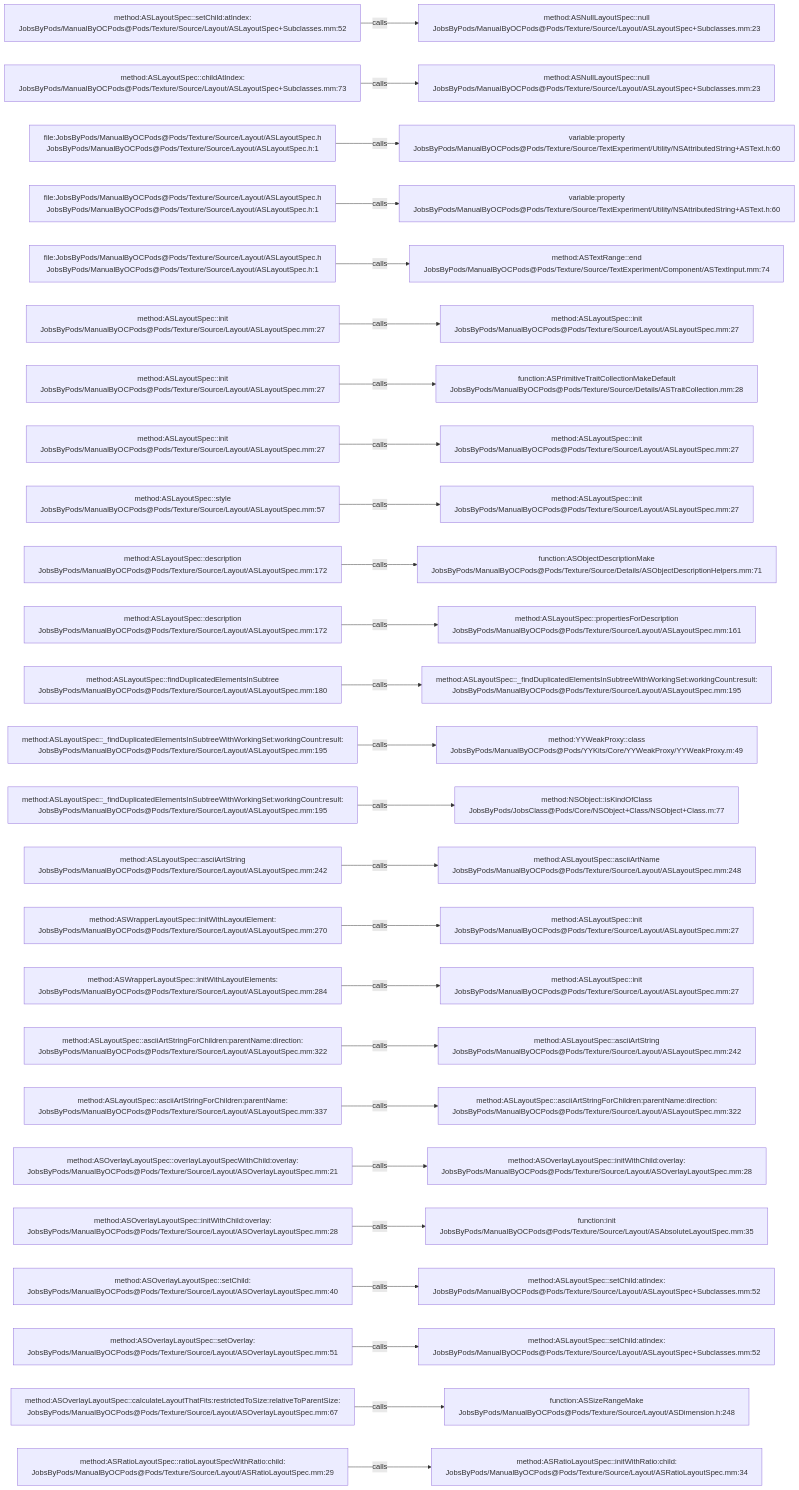
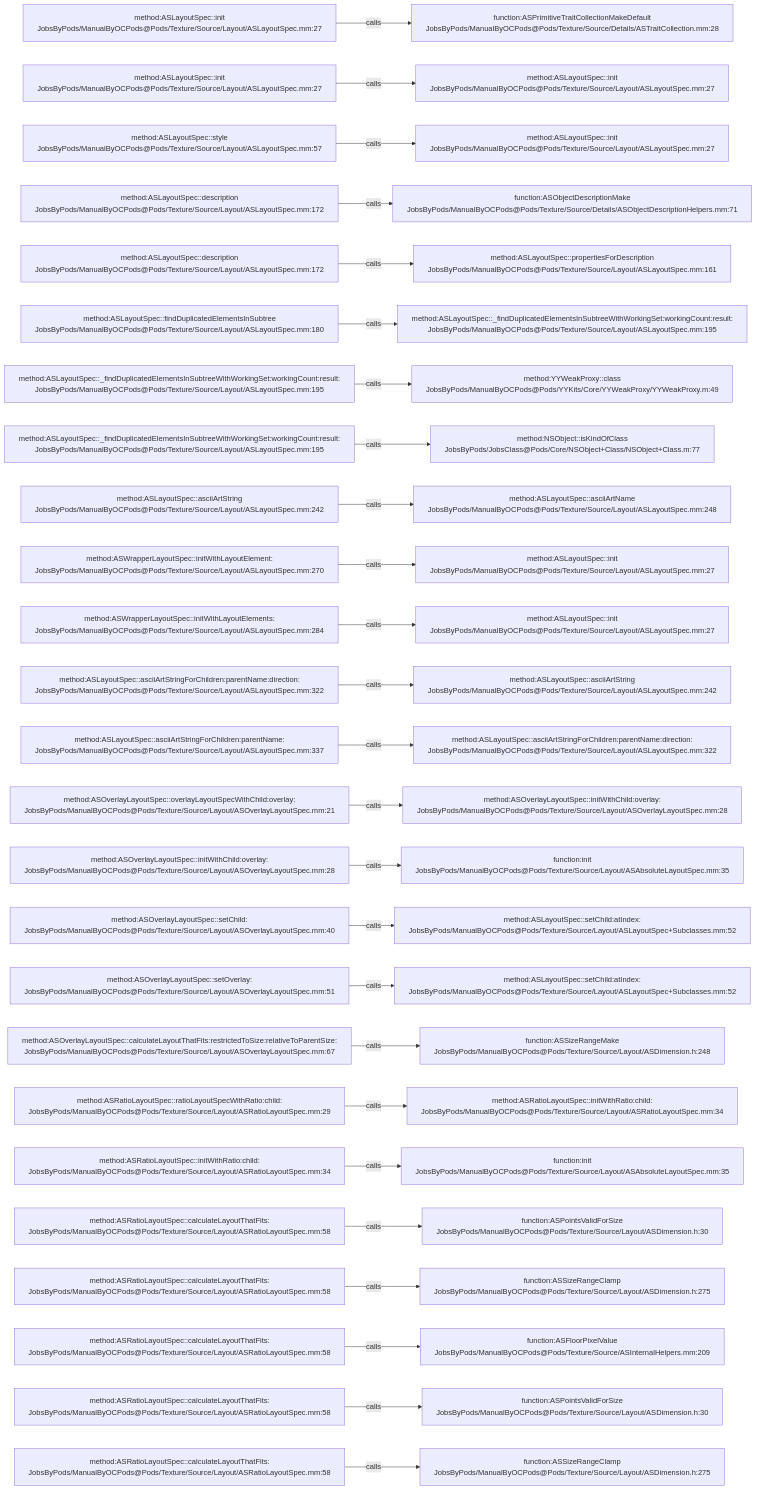
One commit to JobsKits/JobsOCBaseConfigDemo changed the diagram in .codegraph/codegraph.md/graphs/calls-173.md. Above: the diagram before and after it, drawn with Mermaid. The commit also changed 666 other files, not shown here.

````diff
--- a/.codegraph/codegraph.md/graphs/calls-173.md
+++ b/.codegraph/codegraph.md/graphs/calls-173.md
@@ -13,78 +13,78 @@
 ```mermaid
 flowchart LR
-  S1["method:ASLayoutSpec::setChild:atIndex:<br/>JobsByPods/ManualByOCPods@Pods/Texture/Source/Layout/ASLayoutSpec+Subclasses.mm:52"]
-  T1["method:ASNullLayoutSpec::null<br/>JobsByPods/ManualByOCPods@Pods/Texture/Source/Layout/ASLayoutSpec+Subclasses.mm:23"]
+  S1["method:ASLayoutSpec::init<br/>JobsByPods/ManualByOCPods@Pods/Texture/Source/Layout/ASLayoutSpec.mm:27"]
+  T1["function:ASPrimitiveTraitCollectionMakeDefault<br/>JobsByPods/ManualByOCPods@Pods/Texture/Source/Details/ASTraitCollection.mm:28"]
   S1 -->|calls| T1
-  S2["method:ASLayoutSpec::childAtIndex:<br/>JobsByPods/ManualByOCPods@Pods/Texture/Source/Layout/ASLayoutSpec+Subclasses.mm:73"]
-  T2["method:ASNullLayoutSpec::null<br/>JobsByPods/ManualByOCPods@Pods/Texture/Source/Layout/ASLayoutSpec+Subclasses.mm:23"]
+  S2["method:ASLayoutSpec::init<br/>JobsByPods/ManualByOCPods@Pods/Texture/Source/Layout/ASLayoutSpec.mm:27"]
+  T2["method:ASLayoutSpec::init<br/>JobsByPods/ManualByOCPods@Pods/Texture/Source/Layout/ASLayoutSpec.mm:27"]
   S2 -->|calls| T2
-  S3["file:JobsByPods/ManualByOCPods@Pods/Texture/Source/Layout/ASLayoutSpec.h<br/>JobsByPods/ManualByOCPods@Pods/Texture/Source/Layout/ASLayoutSpec.h:1"]
-  T3["variable:property<br/>JobsByPods/ManualByOCPods@Pods/Texture/Source/TextExperiment/Utility/NSAttributedString+ASText.h:60"]
+  S3["method:ASLayoutSpec::style<br/>JobsByPods/ManualByOCPods@Pods/Texture/Source/Layout/ASLayoutSpec.mm:57"]
+  T3["method:ASLayoutSpec::init<br/>JobsByPods/ManualByOCPods@Pods/Texture/Source/Layout/ASLayoutSpec.mm:27"]
   S3 -->|calls| T3
-  S4["file:JobsByPods/ManualByOCPods@Pods/Texture/Source/Layout/ASLayoutSpec.h<br/>JobsByPods/ManualByOCPods@Pods/Texture/Source/Layout/ASLayoutSpec.h:1"]
-  T4["variable:property<br/>JobsByPods/ManualByOCPods@Pods/Texture/Source/TextExperiment/Utility/NSAttributedString+ASText.h:60"]
+  S4["method:ASLayoutSpec::description<br/>JobsByPods/ManualByOCPods@Pods/Texture/Source/Layout/ASLayoutSpec.mm:172"]
+  T4["function:ASObjectDescriptionMake<br/>JobsByPods/ManualByOCPods@Pods/Texture/Source/Details/ASObjectDescriptionHelpers.mm:71"]
   S4 -->|calls| T4
-  S5["file:JobsByPods/ManualByOCPods@Pods/Texture/Source/Layout/ASLayoutSpec.h<br/>JobsByPods/ManualByOCPods@Pods/Texture/Source/Layout/ASLayoutSpec.h:1"]
-  T5["method:ASTextRange::end<br/>JobsByPods/ManualByOCPods@Pods/Texture/Source/TextExperiment/Component/ASTextInput.mm:74"]
+  S5["method:ASLayoutSpec::description<br/>JobsByPods/ManualByOCPods@Pods/Texture/Source/Layout/ASLayoutSpec.mm:172"]
+  T5["method:ASLayoutSpec::propertiesForDescription<br/>JobsByPods/ManualByOCPods@Pods/Texture/Source/Layout/ASLayoutSpec.mm:161"]
   S5 -->|calls| T5
-  S6["method:ASLayoutSpec::init<br/>JobsByPods/ManualByOCPods@Pods/Texture/Source/Layout/ASLayoutSpec.mm:27"]
-  T6["method:ASLayoutSpec::init<br/>JobsByPods/ManualByOCPods@Pods/Texture/Source/Layout/ASLayoutSpec.mm:27"]
+  S6["method:ASLayoutSpec::findDuplicatedElementsInSubtree<br/>JobsByPods/ManualByOCPods@Pods/Texture/Source/Layout/ASLayoutSpec.mm:180"]
+  T6["method:ASLayoutSpec::_findDuplicatedElementsInSubtreeWithWorkingSet:workingCount:result:<br/>JobsByPods/ManualByOCPods@Pods/Texture/Source/Layout/ASLayoutSpec.mm:195"]
   S6 -->|calls| T6
-  S7["method:ASLayoutSpec::init<br/>JobsByPods/ManualByOCPods@Pods/Texture/Source/Layout/ASLayoutSpec.mm:27"]
-  T7["function:ASPrimitiveTraitCollectionMakeDefault<br/>JobsByPods/ManualByOCPods@Pods/Texture/Source/Details/ASTraitCollection.mm:28"]
+  S7["method:ASLayoutSpec::_findDuplicatedElementsInSubtreeWithWorkingSet:workingCount:result:<br/>JobsByPods/ManualByOCPods@Pods/Texture/Source/Layout/ASLayoutSpec.mm:195"]
+  T7["method:YYWeakProxy::class<br/>JobsByPods/ManualByOCPods@Pods/YYKits/Core/YYWeakProxy/YYWeakProxy.m:49"]
   S7 -->|calls| T7
-  S8["method:ASLayoutSpec::init<br/>JobsByPods/ManualByOCPods@Pods/Texture/Source/Layout/ASLayoutSpec.mm:27"]
-  T8["method:ASLayoutSpec::init<br/>JobsByPods/ManualByOCPods@Pods/Texture/Source/Layout/ASLayoutSpec.mm:27"]
+  S8["method:ASLayoutSpec::_findDuplicatedElementsInSubtreeWithWorkingSet:workingCount:result:<br/>JobsByPods/ManualByOCPods@Pods/Texture/Source/Layout/ASLayoutSpec.mm:195"]
+  T8["method:NSObject::isKindOfClass<br/>JobsByPods/JobsClass@Pods/Core/NSObject+Class/NSObject+Class.m:77"]
   S8 -->|calls| T8
-  S9["method:ASLayoutSpec::style<br/>JobsByPods/ManualByOCPods@Pods/Texture/Source/Layout/ASLayoutSpec.mm:57"]
-  T9["method:ASLayoutSpec::init<br/>JobsByPods/ManualByOCPods@Pods/Texture/Source/Layout/ASLayoutSpec.mm:27"]
+  S9["method:ASLayoutSpec::asciiArtString<br/>JobsByPods/ManualByOCPods@Pods/Texture/Source/Layout/ASLayoutSpec.mm:242"]
+  T9["method:ASLayoutSpec::asciiArtName<br/>JobsByPods/ManualByOCPods@Pods/Texture/Source/Layout/ASLayoutSpec.mm:248"]
   S9 -->|calls| T9
-  S10["method:ASLayoutSpec::description<br/>JobsByPods/ManualByOCPods@Pods/Texture/Source/Layout/ASLayoutSpec.mm:172"]
-  T10["function:ASObjectDescriptionMake<br/>JobsByPods/ManualByOCPods@Pods/Texture/Source/Details/ASObjectDescriptionHelpers.mm:71"]
+  S10["method:ASWrapperLayoutSpec::initWithLayoutElement:<br/>JobsByPods/ManualByOCPods@Pods/Texture/Source/Layout/ASLayoutSpec.mm:270"]
+  T10["method:ASLayoutSpec::init<br/>JobsByPods/ManualByOCPods@Pods/Texture/Source/Layout/ASLayoutSpec.mm:27"]
   S10 -->|calls| T10
-  S11["method:ASLayoutSpec::description<br/>JobsByPods/ManualByOCPods@Pods/Texture/Source/Layout/ASLayoutSpec.mm:172"]
-  T11["method:ASLayoutSpec::propertiesForDescription<br/>JobsByPods/ManualByOCPods@Pods/Texture/Source/Layout/ASLayoutSpec.mm:161"]
+  S11["method:ASWrapperLayoutSpec::initWithLayoutElements:<br/>JobsByPods/ManualByOCPods@Pods/Texture/Source/Layout/ASLayoutSpec.mm:284"]
+  T11["method:ASLayoutSpec::init<br/>JobsByPods/ManualByOCPods@Pods/Texture/Source/Layout/ASLayoutSpec.mm:27"]
   S11 -->|calls| T11
-  S12["method:ASLayoutSpec::findDuplicatedElementsInSubtree<br/>JobsByPods/ManualByOCPods@Pods/Texture/Source/Layout/ASLayoutSpec.mm:180"]
-  T12["method:ASLayoutSpec::_findDuplicatedElementsInSubtreeWithWorkingSet:workingCount:result:<br/>JobsByPods/ManualByOCPods@Pods/Texture/Source/Layout/ASLayoutSpec.mm:195"]
+  S12["method:ASLayoutSpec::asciiArtStringForChildren:parentName:direction:<br/>JobsByPods/ManualByOCPods@Pods/Texture/Source/Layout/ASLayoutSpec.mm:322"]
+  T12["method:ASLayoutSpec::asciiArtString<br/>JobsByPods/ManualByOCPods@Pods/Texture/Source/Layout/ASLayoutSpec.mm:242"]
   S12 -->|calls| T12
-  S13["method:ASLayoutSpec::_findDuplicatedElementsInSubtreeWithWorkingSet:workingCount:result:<br/>JobsByPods/ManualByOCPods@Pods/Texture/Source/Layout/ASLayoutSpec.mm:195"]
-  T13["method:YYWeakProxy::class<br/>JobsByPods/ManualByOCPods@Pods/YYKits/Core/YYWeakProxy/YYWeakProxy.m:49"]
+  S13["method:ASLayoutSpec::asciiArtStringForChildren:parentName:<br/>JobsByPods/ManualByOCPods@Pods/Texture/Source/Layout/ASLayoutSpec.mm:337"]
+  T13["method:ASLayoutSpec::asciiArtStringForChildren:parentName:direction:<br/>JobsByPods/ManualByOCPods@Pods/Texture/Source/Layout/ASLayoutSpec.mm:322"]
   S13 -->|calls| T13
-  S14["method:ASLayoutSpec::_findDuplicatedElementsInSubtreeWithWorkingSet:workingCount:result:<br/>JobsByPods/ManualByOCPods@Pods/Texture/Source/Layout/ASLayoutSpec.mm:195"]
-  T14["method:NSObject::isKindOfClass<br/>JobsByPods/JobsClass@Pods/Core/NSObject+Class/NSObject+Class.m:77"]
+  S14["method:ASOverlayLayoutSpec::overlayLayoutSpecWithChild:overlay:<br/>JobsByPods/ManualByOCPods@Pods/Texture/Source/Layout/ASOverlayLayoutSpec.mm:21"]
+  T14["method:ASOverlayLayoutSpec::initWithChild:overlay:<br/>JobsByPods/ManualByOCPods@Pods/Texture/Source/Layout/ASOverlayLayoutSpec.mm:28"]
   S14 -->|calls| T14
-  S15["method:ASLayoutSpec::asciiArtString<br/>JobsByPods/ManualByOCPods@Pods/Texture/Source/Layout/ASLayoutSpec.mm:242"]
-  T15["method:ASLayoutSpec::asciiArtName<br/>JobsByPods/ManualByOCPods@Pods/Texture/Source/Layout/ASLayoutSpec.mm:248"]
+  S15["method:ASOverlayLayoutSpec::initWithChild:overlay:<br/>JobsByPods/ManualByOCPods@Pods/Texture/Source/Layout/ASOverlayLayoutSpec.mm:28"]
+  T15["function:init<br/>JobsByPods/ManualByOCPods@Pods/Texture/Source/Layout/ASAbsoluteLayoutSpec.mm:35"]
   S15 -->|calls| T15
-  S16["method:ASWrapperLayoutSpec::initWithLayoutElement:<br/>JobsByPods/ManualByOCPods@Pods/Texture/Source/Layout/ASLayoutSpec.mm:270"]
-  T16["method:ASLayoutSpec::init<br/>JobsByPods/ManualByOCPods@Pods/Texture/Source/Layout/ASLayoutSpec.mm:27"]
+  S16["method:ASOverlayLayoutSpec::setChild:<br/>JobsByPods/ManualByOCPods@Pods/Texture/Source/Layout/ASOverlayLayoutSpec.mm:40"]
+  T16["method:ASLayoutSpec::setChild:atIndex:<br/>JobsByPods/ManualByOCPods@Pods/Texture/Source/Layout/ASLayoutSpec+Subclasses.mm:52"]
   S16 -->|calls| T16
-  S17["method:ASWrapperLayoutSpec::initWithLayoutElements:<br/>JobsByPods/ManualByOCPods@Pods/Texture/Source/Layout/ASLayoutSpec.mm:284"]
-  T17["method:ASLayoutSpec::init<br/>JobsByPods/ManualByOCPods@Pods/Texture/Source/Layout/ASLayoutSpec.mm:27"]
+  S17["method:ASOverlayLayoutSpec::setOverlay:<br/>JobsByPods/ManualByOCPods@Pods/Texture/Source/Layout/ASOverlayLayoutSpec.mm:51"]
+  T17["method:ASLayoutSpec::setChild:atIndex:<br/>JobsByPods/ManualByOCPods@Pods/Texture/Source/Layout/ASLayoutSpec+Subclasses.mm:52"]
   S17 -->|calls| T17
-  S18["method:ASLayoutSpec::asciiArtStringForChildren:parentName:direction:<br/>JobsByPods/ManualByOCPods@Pods/Texture/Source/Layout/ASLayoutSpec.mm:322"]
-  T18["method:ASLayoutSpec::asciiArtString<br/>JobsByPods/ManualByOCPods@Pods/Texture/Source/Layout/ASLayoutSpec.mm:242"]
+  S18["method:ASOverlayLayoutSpec::calculateLayoutThatFits:restrictedToSize:relativeToParentSize:<br/>JobsByPods/ManualByOCPods@Pods/Texture/Source/Layout/ASOverlayLayoutSpec.mm:67"]
+  T18["function:ASSizeRangeMake<br/>JobsByPods/ManualByOCPods@Pods/Texture/Source/Layout/ASDimension.h:248"]
   S18 -->|calls| T18
-  S19["method:ASLayoutSpec::asciiArtStringForChildren:parentName:<br/>JobsByPods/ManualByOCPods@Pods/Texture/Source/Layout/ASLayoutSpec.mm:337"]
-  T19["method:ASLayoutSpec::asciiArtStringForChildren:parentName:direction:<br/>JobsByPods/ManualByOCPods@Pods/Texture/Source/Layout/ASLayoutSpec.mm:322"]
+  S19["method:ASRatioLayoutSpec::ratioLayoutSpecWithRatio:child:<br/>JobsByPods/ManualByOCPods@Pods/Texture/Source/Layout/ASRatioLayoutSpec.mm:29"]
+  T19["method:ASRatioLayoutSpec::initWithRatio:child:<br/>JobsByPods/ManualByOCPods@Pods/Texture/Source/Layout/ASRatioLayoutSpec.mm:34"]
   S19 -->|calls| T19
-  S20["method:ASOverlayLayoutSpec::overlayLayoutSpecWithChild:overlay:<br/>JobsByPods/ManualByOCPods@Pods/Texture/Source/Layout/ASOverlayLayoutSpec.mm:21"]
-  T20["method:ASOverlayLayoutSpec::initWithChild:overlay:<br/>JobsByPods/ManualByOCPods@Pods/Texture/Source/Layout/ASOverlayLayoutSpec.mm:28"]
+  S20["method:ASRatioLayoutSpec::initWithRatio:child:<br/>JobsByPods/ManualByOCPods@Pods/Texture/Source/Layout/ASRatioLayoutSpec.mm:34"]
+  T20["function:init<br/>JobsByPods/ManualByOCPods@Pods/Texture/Source/Layout/ASAbsoluteLayoutSpec.mm:35"]
   S20 -->|calls| T20
-  S21["method:ASOverlayLayoutSpec::initWithChild:overlay:<br/>JobsByPods/ManualByOCPods@Pods/Texture/Source/Layout/ASOverlayLayoutSpec.mm:28"]
-  T21["function:init<br/>JobsByPods/ManualByOCPods@Pods/Texture/Source/Layout/ASAbsoluteLayoutSpec.mm:35"]
+  S21["method:ASRatioLayoutSpec::calculateLayoutThatFits:<br/>JobsByPods/ManualByOCPods@Pods/Texture/Source/Layout/ASRatioLayoutSpec.mm:58"]
+  T21["function:ASPointsValidForSize<br/>JobsByPods/ManualByOCPods@Pods/Texture/Source/Layout/ASDimension.h:30"]
   S21 -->|calls| T21
-  S22["method:ASOverlayLayoutSpec::setChild:<br/>JobsByPods/ManualByOCPods@Pods/Texture/Source/Layout/ASOverlayLayoutSpec.mm:40"]
-  T22["method:ASLayoutSpec::setChild:atIndex:<br/>JobsByPods/ManualByOCPods@Pods/Texture/Source/Layout/ASLayoutSpec+Subclasses.mm:52"]
+  S22["method:ASRatioLayoutSpec::calculateLayoutThatFits:<br/>JobsByPods/ManualByOCPods@Pods/Texture/Source/Layout/ASRatioLayoutSpec.mm:58"]
+  T22["function:ASSizeRangeClamp<br/>JobsByPods/ManualByOCPods@Pods/Texture/Source/Layout/ASDimension.h:275"]
   S22 -->|calls| T22
-  S23["method:ASOverlayLayoutSpec::setOverlay:<br/>JobsByPods/ManualByOCPods@Pods/Texture/Source/Layout/ASOverlayLayoutSpec.mm:51"]
-  T23["method:ASLayoutSpec::setChild:atIndex:<br/>JobsByPods/ManualByOCPods@Pods/Texture/Source/Layout/ASLayoutSpec+Subclasses.mm:52"]
+  S23["method:ASRatioLayoutSpec::calculateLayoutThatFits:<br/>JobsByPods/ManualByOCPods@Pods/Texture/Source/Layout/ASRatioLayoutSpec.mm:58"]
+  T23["function:ASFloorPixelValue<br/>JobsByPods/ManualByOCPods@Pods/Texture/Source/ASInternalHelpers.mm:209"]
   S23 -->|calls| T23
-  S24["method:ASOverlayLayoutSpec::calculateLayoutThatFits:restrictedToSize:relativeToParentSize:<br/>JobsByPods/ManualByOCPods@Pods/Texture/Source/Layout/ASOverlayLayoutSpec.mm:67"]
-  T24["function:ASSizeRangeMake<br/>JobsByPods/ManualByOCPods@Pods/Texture/Source/Layout/ASDimension.h:248"]
+  S24["method:ASRatioLayoutSpec::calculateLayoutThatFits:<br/>JobsByPods/ManualByOCPods@Pods/Texture/Source/Layout/ASRatioLayoutSpec.mm:58"]
+  T24["function:ASPointsValidForSize<br/>JobsByPods/ManualByOCPods@Pods/Texture/Source/Layout/ASDimension.h:30"]
   S24 -->|calls| T24
-  S25["method:ASRatioLayoutSpec::ratioLayoutSpecWithRatio:child:<br/>JobsByPods/ManualByOCPods@Pods/Texture/Source/Layout/ASRatioLayoutSpec.mm:29"]
-  T25["method:ASRatioLayoutSpec::initWithRatio:child:<br/>JobsByPods/ManualByOCPods@Pods/Texture/Source/Layout/ASRatioLayoutSpec.mm:34"]
+  S25["method:ASRatioLayoutSpec::calculateLayoutThatFits:<br/>JobsByPods/ManualByOCPods@Pods/Texture/Source/Layout/ASRatioLayoutSpec.mm:58"]
+  T25["function:ASSizeRangeClamp<br/>JobsByPods/ManualByOCPods@Pods/Texture/Source/Layout/ASDimension.h:275"]
   S25 -->|calls| T25
 ```
````
